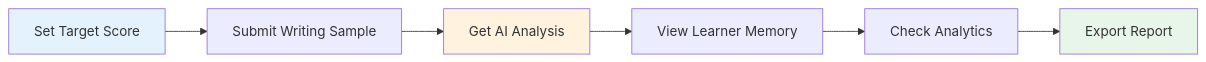
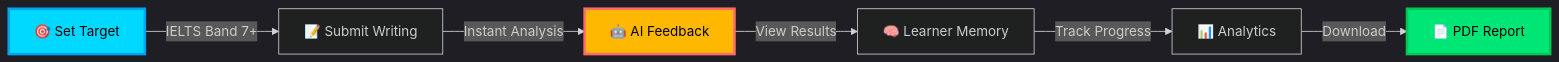
The diagram in README.md (24pwai0032-gif/Lingua-Coach), drawn with Mermaid before and after one commit. The commit also changed other lines of this file, not shown here.

````diff
--- a/README.md
+++ b/README.md
@@ -162,12 +352,13 @@
 ```mermaid
+%%{init: {'theme':'dark'}}%%
 graph LR
-    A[Set Target Score] --> B[Submit Writing Sample]
-    B --> C[Get AI Analysis]
-    C --> D[View Learner Memory]
-    D --> E[Check Analytics]
-    E --> F[Export Report]
+    A[🎯 Set Target] -->|IELTS Band 7+| B[📝 Submit Writing]
+    B -->|Instant Analysis| C[🤖 AI Feedback]
+    C -->|View Results| D[🧠 Learner Memory]
+    D -->|Track Progress| E[📊 Analytics]
+    E -->|Download| F[📄 PDF Report]
     
-    style A fill:#e3f2fd
-    style C fill:#fff3e0
-    style F fill:#e8f5e9
+    style A fill:#00D9FF,stroke:#00A4EF,stroke-width:3px,color:#000
+    style C fill:#FFB800,stroke:#FF6B6B,stroke-width:3px,color:#000
+    style F fill:#00E676,stroke:#00C853,stroke-width:3px,color:#000
 ```
````
